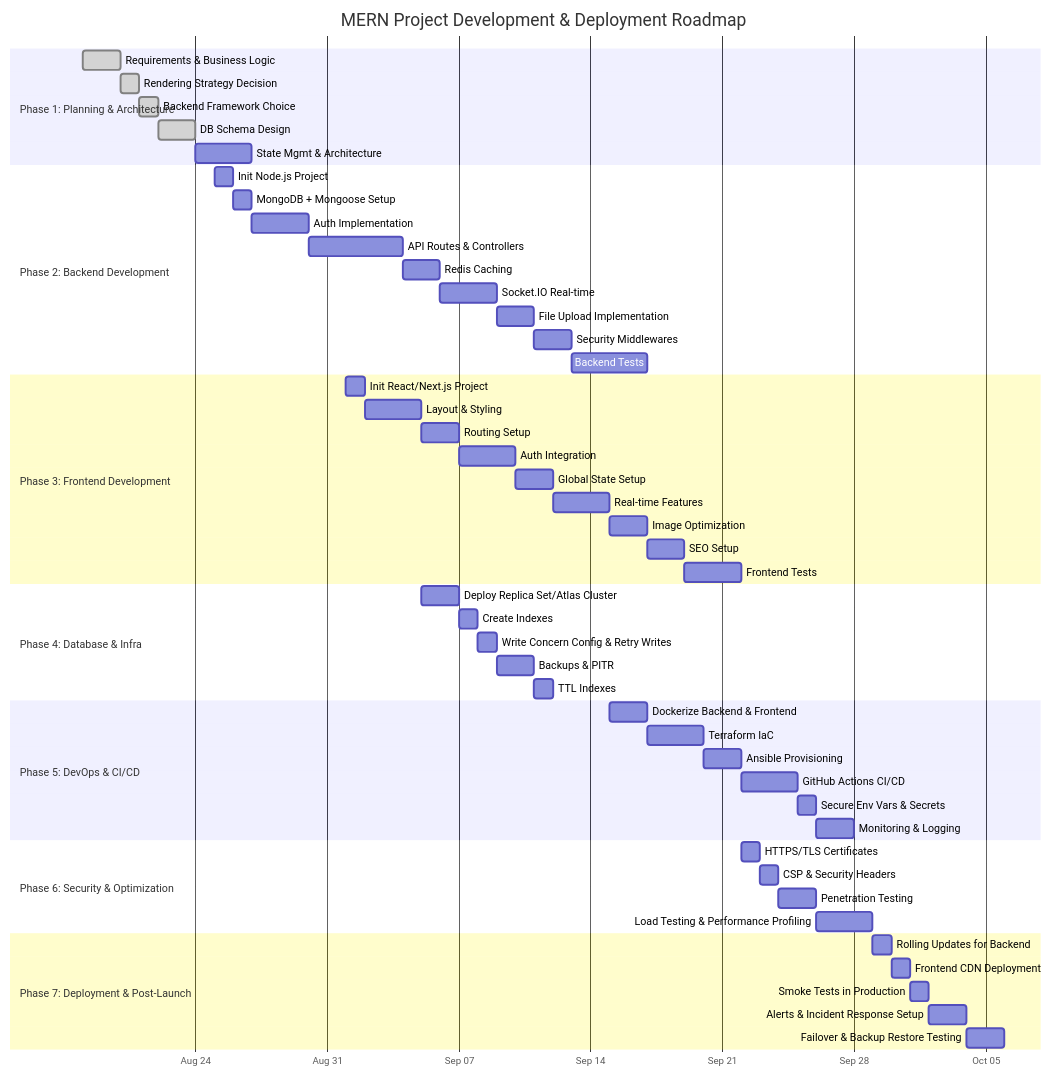
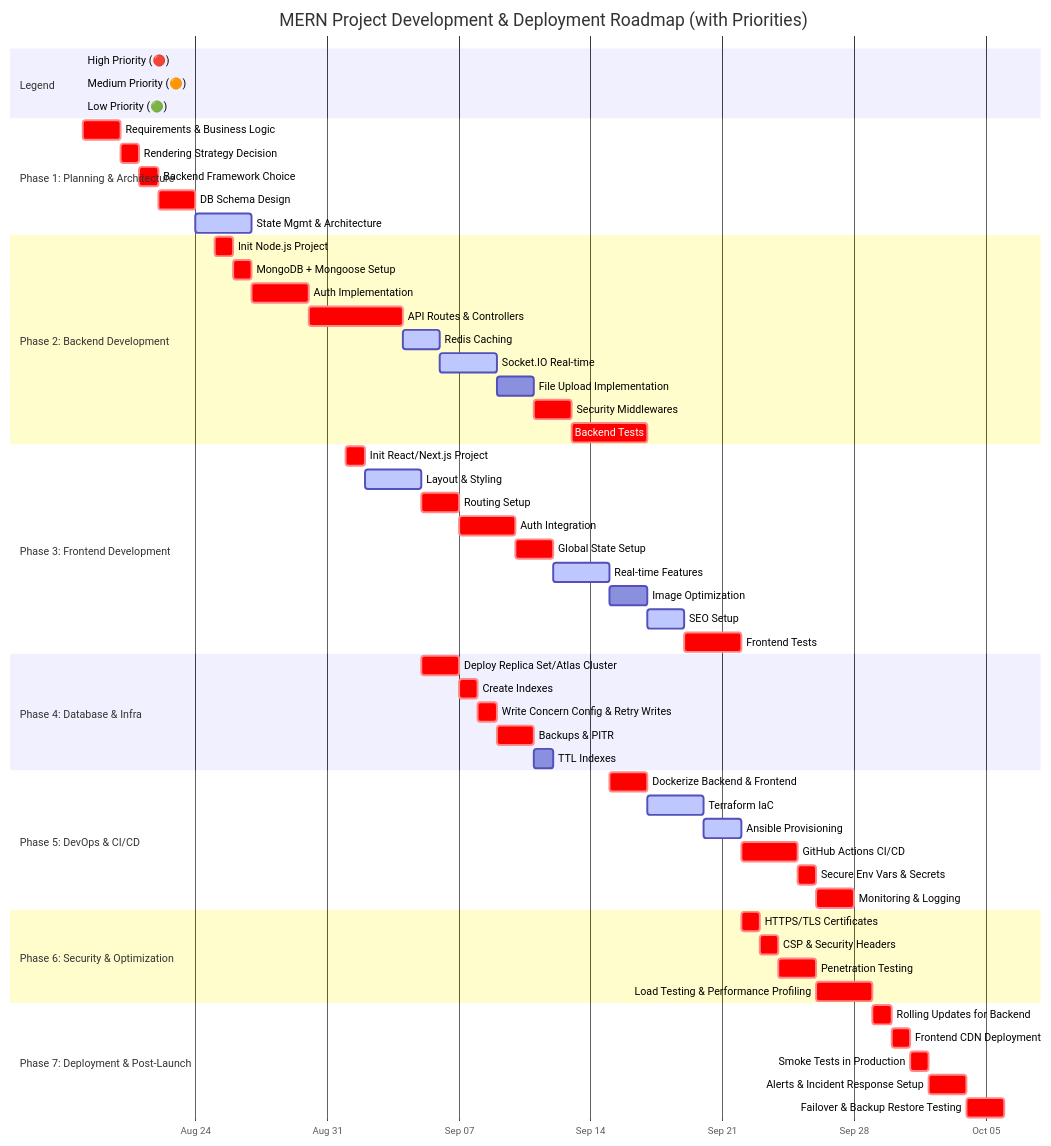
Before and after one commit to thanushpraveen/portfolio: the diagram in PLAN.md, drawn with Mermaid.

````diff
--- a/PLAN.md
+++ b/PLAN.md
@@ -1,63 +1,70 @@
 ``` mermaid
 gantt
-    title MERN Project Development & Deployment Roadmap
+    title MERN Project Development & Deployment Roadmap (with Priorities)
     dateFormat  YYYY-MM-DD
     axisFormat  %b %d
 
+    %% Legend
+    section Legend
+    High Priority (🔴)      :crit, done,    2025-08-18, 0d
+    Medium Priority (🟠)    :active,    2025-08-18, 0d
+    Low Priority (🟢)       :2025-08-18, 0d
+
     section Phase 1: Planning & Architecture
-    Requirements & Business Logic      :done, p1, 2025-08-18, 2d
-    Rendering Strategy Decision         :done, p2, after p1, 1d
-    Backend Framework Choice            :done, p3, after p2, 1d
-    DB Schema Design                    :done, p4, after p3, 2d
-    State Mgmt & Architecture           :p5, after p4, 3d
+    Requirements & Business Logic      :crit, p1, 2025-08-18, 2d
+    Rendering Strategy Decision         :crit, p2, after p1, 1d
+    Backend Framework Choice            :crit, p3, after p2, 1d
+    DB Schema Design                    :crit, p4, after p3, 2d
+    State Mgmt & Architecture           :active, p5, after p4, 3d
 
     section Phase 2: Backend Development
-    Init Node.js Project                :p6, 2025-08-25, 1d
-    MongoDB + Mongoose Setup            :p7, after p6, 1d
-    Auth Implementation                 :p8, after p7, 3d
-    API Routes & Controllers            :p9, after p8, 5d
-    Redis Caching                       :p10, after p9, 2d
-    Socket.IO Real-time                 :p11, after p10, 3d
+    Init Node.js Project                :crit, p6, 2025-08-25, 1d
+    MongoDB + Mongoose Setup            :crit, p7, after p6, 1d
+    Auth Implementation                 :crit, p8, after p7, 3d
+    API Routes & Controllers            :crit, p9, after p8, 5d
+    Redis Caching                       :active, p10, after p9, 2d
+    Socket.IO Real-time                 :active, p11, after p10, 3d
     File Upload Implementation          :p12, after p11, 2d
-    Security Middlewares                 :p13, after p12, 2d
-    Backend Tests                        :p14, after p13, 4d
+    Security Middlewares                 :crit, p13, after p12, 2d
+    Backend Tests                        :crit, p14, after p13, 4d
 
     section Phase 3: Frontend Development
-    Init React/Next.js Project          :p15, 2025-09-01, 1d
-    Layout & Styling                    :p16, after p15, 3d
-    Routing Setup                       :p17, after p16, 2d
-    Auth Integration                    :p18, after p17, 3d
-    Global State Setup                  :p19, after p18, 2d
-    Real-time Features                  :p20, after p19, 3d
+    Init React/Next.js Project          :crit, p15, 2025-09-01, 1d
+    Layout & Styling                    :active, p16, after p15, 3d
+    Routing Setup                       :crit, p17, after p16, 2d
+    Auth Integration                    :crit, p18, after p17, 3d
+    Global State Setup                  :crit, p19, after p18, 2d
+    Real-time Features                  :active, p20, after p19, 3d
     Image Optimization                  :p21, after p20, 2d
-    SEO Setup                           :p22, after p21, 2d
-    Frontend Tests                      :p23, after p22, 3d
+    SEO Setup                           :active, p22, after p21, 2d
+    Frontend Tests                      :crit, p23, after p22, 3d
 
     section Phase 4: Database & Infra
-    Deploy Replica Set/Atlas Cluster    :p24, 2025-09-05, 2d
-    Create Indexes                      :p25, after p24, 1d
-    Write Concern Config & Retry Writes :p26, after p25, 1d
-    Backups & PITR                      :p27, after p26, 2d
+    Deploy Replica Set/Atlas Cluster    :crit, p24, 2025-09-05, 2d
+    Create Indexes                      :crit, p25, after p24, 1d
+    Write Concern Config & Retry Writes :crit, p26, after p25, 1d
+    Backups & PITR                      :crit, p27, after p26, 2d
     TTL Indexes                         :p28, after p27, 1d
 
     section Phase 5: DevOps & CI/CD
-    Dockerize Backend & Frontend        :p29, 2025-09-15, 2d
-    Terraform IaC                       :p30, after p29, 3d
-    Ansible Provisioning                :p31, after p30, 2d
-    GitHub Actions CI/CD                :p32, after p31, 3d
-    Secure Env Vars & Secrets           :p33, after p32, 1d
-    Monitoring & Logging                :p34, after p33, 2d
+    Dockerize Backend & Frontend        :crit, p29, 2025-09-15, 2d
+    Terraform IaC                       :active, p30, after p29, 3d
+    Ansible Provisioning                :active, p31, after p30, 2d
+    GitHub Actions CI/CD                :crit, p32, after p31, 3d
+    Secure Env Vars & Secrets           :crit, p33, after p32, 1d
+    Monitoring & Logging                :crit, p34, after p33, 2d
 
     section Phase 6: Security & Optimization
-    HTTPS/TLS Certificates              :p35, 2025-09-22, 1d
-    CSP & Security Headers              :p36, after p35, 1d
-    Penetration Testing                 :p37, after p36, 2d
-    Load Testing & Performance Profiling:p38, after p37, 3d
+    HTTPS/TLS Certificates              :crit, p35, 2025-09-22, 1d
+    CSP & Security Headers              :crit, p36, after p35, 1d
+    Penetration Testing                 :crit, p37, after p36, 2d
+    Load Testing & Performance Profiling:crit, p38, after p37, 3d
 
     section Phase 7: Deployment & Post-Launch
-    Rolling Updates for Backend         :p39, 2025-09-29, 1d
-    Frontend CDN Deployment             :p40, after p39, 1d
-    Smoke Tests in Production           :p41, after p40, 1d
-    Alerts & Incident Response Setup    :p42, after p41, 2d
-    Failover & Backup Restore Testing   :p43, after p42, 2d
+    Rolling Updates for Backend         :crit, p39, 2025-09-29, 1d
+    Frontend CDN Deployment             :crit, p40, after p39, 1d
+    Smoke Tests in Production           :crit, p41, after p40, 1d
+    Alerts & Incident Response Setup    :crit, p42, after p41, 2d
+    Failover & Backup Restore Testing   :crit, p43, after p42, 2d
+
 ```
````
